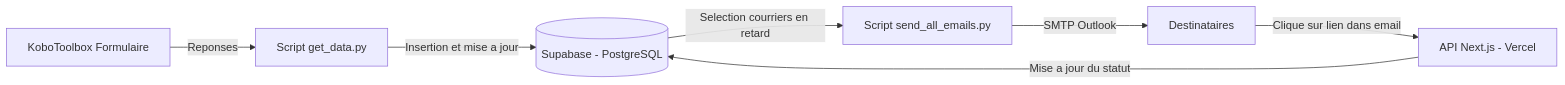
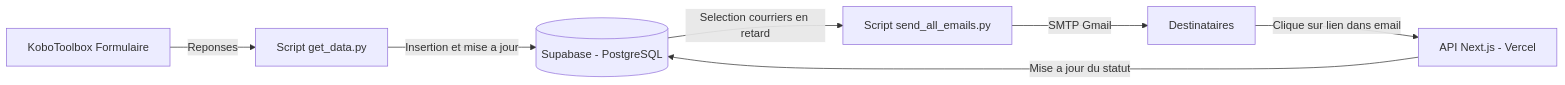
Before and after one commit to gestioncourriervivoenergy/servicecourier: the diagram in README.md, drawn with Mermaid. The commit also changed other lines of this file, not shown here.

````diff
--- a/README.md
+++ b/README.md
@@ -20,9 +20,9 @@
 ```mermaid
 flowchart LR
     A[KoboToolbox Formulaire] -->|Reponses| B[Script get_data.py]
     B -->|Insertion et mise a jour| C[(Supabase - PostgreSQL)]
     C -->|Selection courriers en retard| D[Script send_all_emails.py]
-    D -->|SMTP Outlook| E[Destinataires]
+    D -->|SMTP Gmail| E[Destinataires]
     E -->|Clique sur lien dans email| F[API Next.js - Vercel]
     F -->|Mise a jour du statut| C
 ```
````
